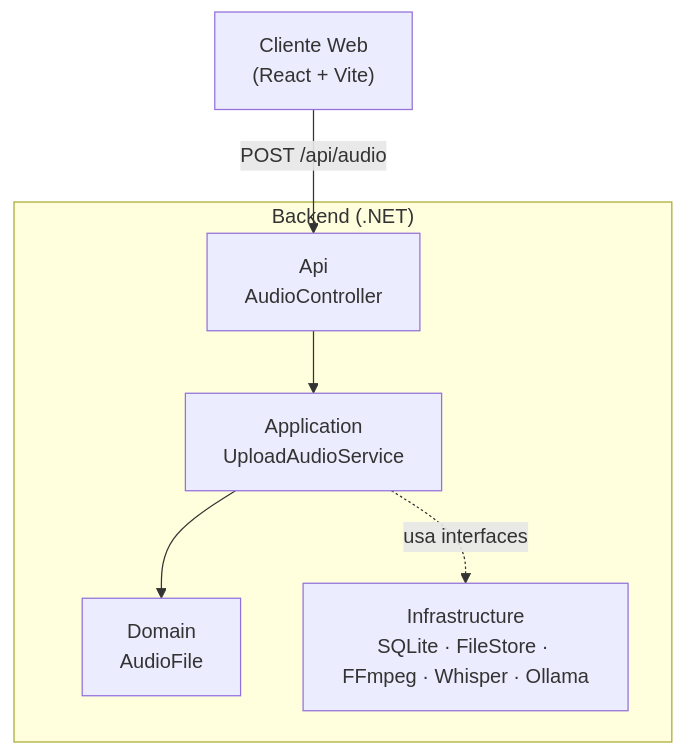
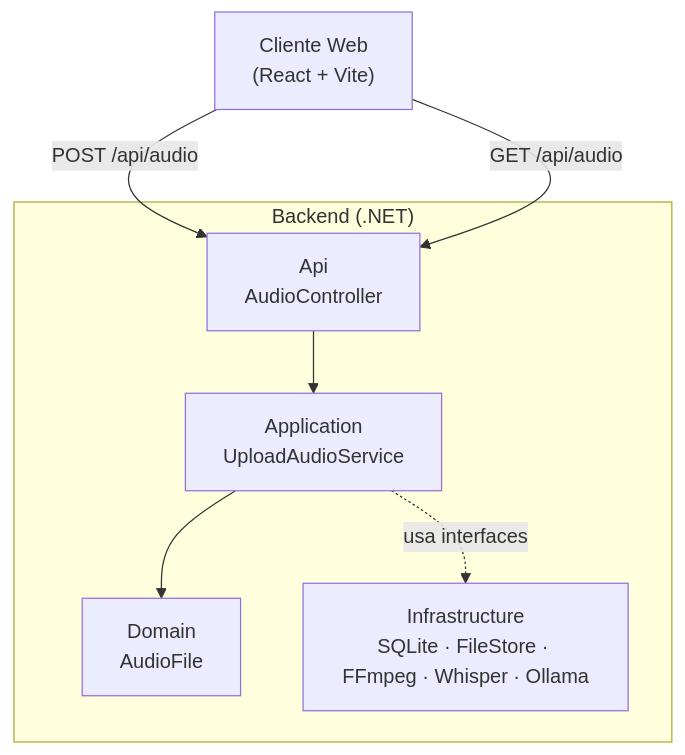
Before and after one commit to ramirezdev26/Audio_Compressor: the first of 2 diagrams in docs/architecture.md, drawn with Mermaid. The commit also changed other lines of this file and 5 other files, not shown here.

````diff
--- a/docs/architecture.md
+++ b/docs/architecture.md
@@ -5,15 +5,16 @@
 ```mermaid
 flowchart TD
     Client["Cliente Web<br/>(React + Vite)"] -->|POST /api/audio| Api
+    Client -->|GET /api/audio| Api
 
     subgraph Backend["Backend (.NET)"]
         Api["Api<br/>AudioController"]
         App["Application<br/>UploadAudioService"]
         Domain["Domain<br/>AudioFile"]
         Infra["Infrastructure<br/>SQLite · FileStore · FFmpeg · Whisper · Ollama"]
 
         Api --> App
         App --> Domain
         App -.->|usa interfaces| Infra
     end
 ```
````
